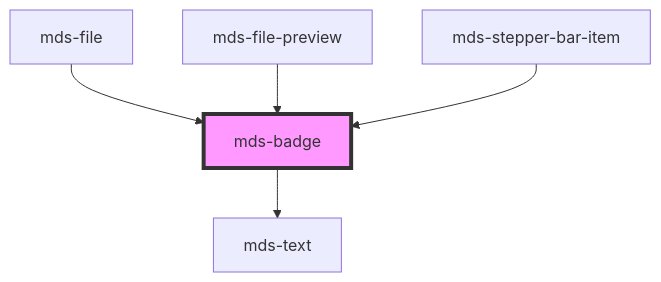
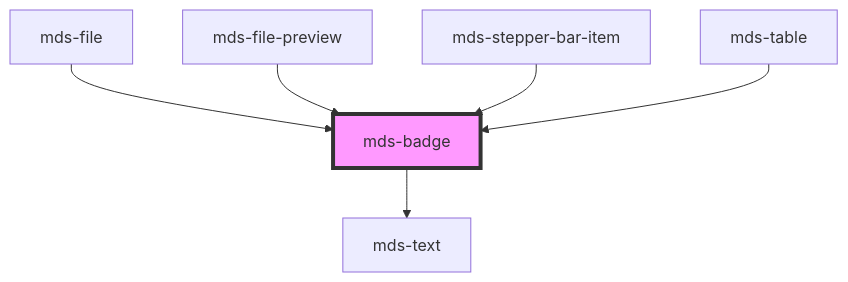
Before and after one commit to magma-design-system/magma: the diagram in projects/stencil/src/components/mds-badge/readme.md, drawn with Mermaid. The commit also changed other lines of this file and 5 other files, not shown here.

Commit message:
doc(stencil): update readme files to include mds-table dependencies and CSS custom properties

````diff
--- a/projects/stencil/src/components/mds-badge/readme.md
+++ b/projects/stencil/src/components/mds-badge/readme.md
@@ -50,8 +51,9 @@
 ```mermaid
 graph TD;
   mds-badge --> mds-text
   mds-file --> mds-badge
   mds-file-preview --> mds-badge
   mds-stepper-bar-item --> mds-badge
+  mds-table --> mds-badge
   style mds-badge fill:#f9f,stroke:#333,stroke-width:4px
 ```
````
